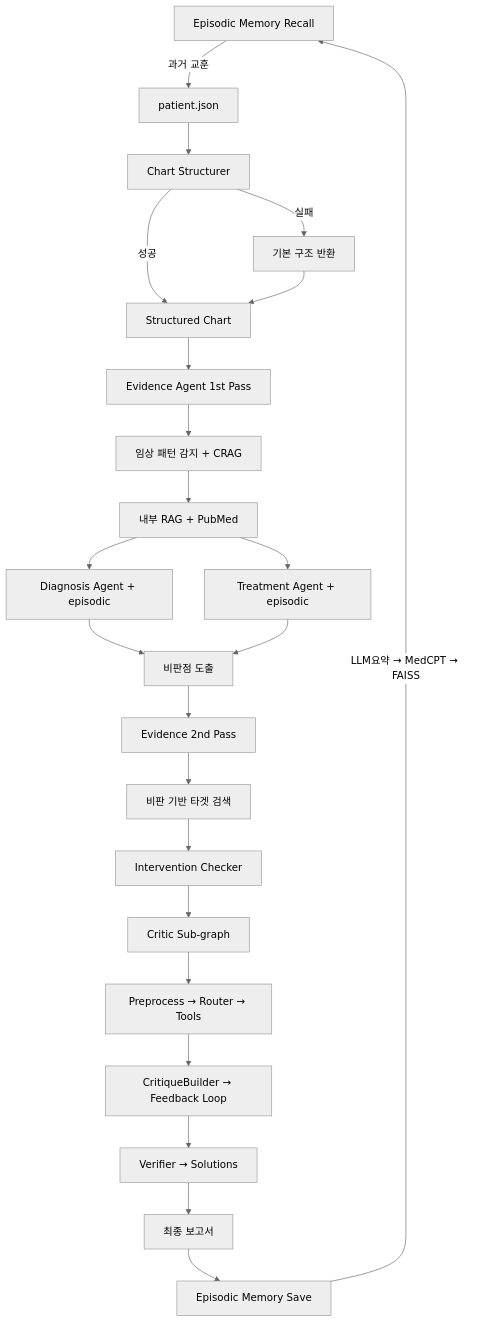
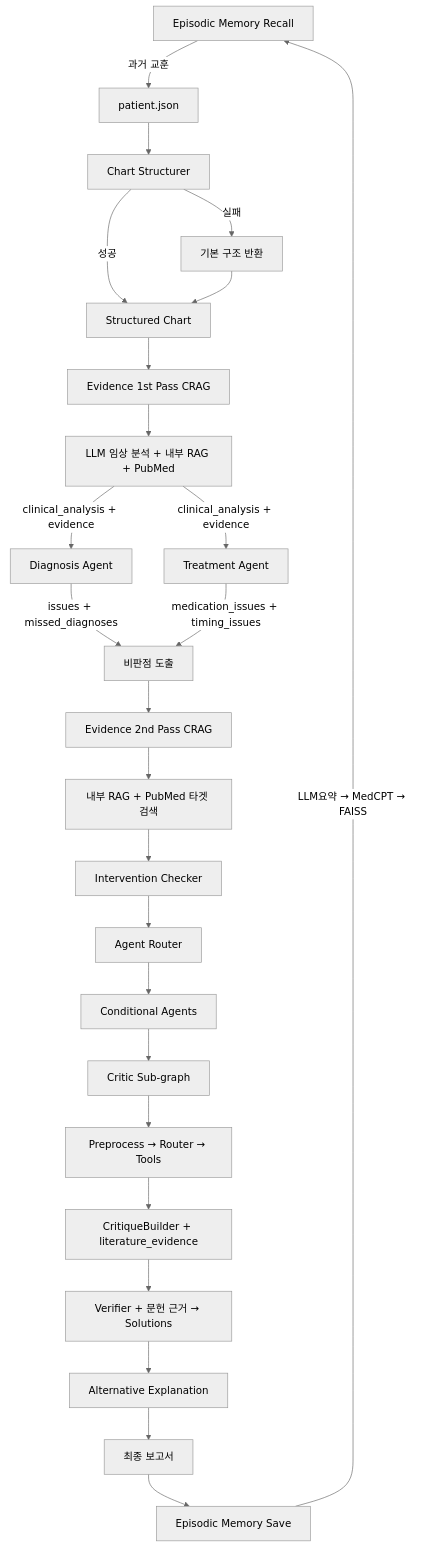
The diagram in README.md (kimdappi/LGBM), drawn with Mermaid (neutral theme) before and after one commit. The commit also changed other lines of this file and 12 other files, not shown here.

````diff
--- a/README.md
+++ b/README.md
@@ -383,25 +409,27 @@
 ```mermaid
 graph TD
     EP1[Episodic Memory Recall] -->|과거 교훈| A
     A[patient.json] --> B[Chart Structurer]
     B -->|실패| B2[기본 구조 반환]
     B -->|성공| C[Structured Chart]
     B2 --> C
-    C --> D[Evidence Agent 1st Pass]
-    D --> E[임상 패턴 감지 + CRAG]
-    E --> F[내부 RAG + PubMed]
-    F --> G1[Diagnosis Agent + episodic]
-    F --> G2[Treatment Agent + episodic]
-    G1 --> H[비판점 도출]
-    G2 --> H
-    H --> I[Evidence 2nd Pass]
-    I --> I2[비판 기반 타겟 검색]
+    C --> D[Evidence 1st Pass CRAG]
+    D --> D1[LLM 임상 분석 + 내부 RAG + PubMed]
+    D1 -->|clinical_analysis + evidence| G1[Diagnosis Agent]
+    D1 -->|clinical_analysis + evidence| G2[Treatment Agent]
+    G1 -->|issues + missed_diagnoses| H[비판점 도출]
+    G2 -->|medication_issues + timing_issues| H
+    H --> I[Evidence 2nd Pass CRAG]
+    I --> I2[내부 RAG + PubMed 타겟 검색]
     I2 --> J[Intervention Checker]
-    J --> K[Critic Sub-graph]
+    J --> J2[Agent Router]
+    J2 --> J3[Conditional Agents]
+    J3 --> K[Critic Sub-graph]
     K --> K1[Preprocess → Router → Tools]
-    K1 --> K2[CritiqueBuilder → Feedback Loop]
-    K2 --> K3[Verifier → Solutions]
-    K3 --> L[최종 보고서]
+    K1 --> K2[CritiqueBuilder + literature_evidence]
+    K2 --> K3[Verifier + 문헌 근거 → Solutions]
+    K3 --> K4[Alternative Explanation]
+    K4 --> L[최종 보고서]
     L --> EP2[Episodic Memory Save]
     EP2 -->|LLM요약 → MedCPT → FAISS| EP1
 ```
````
